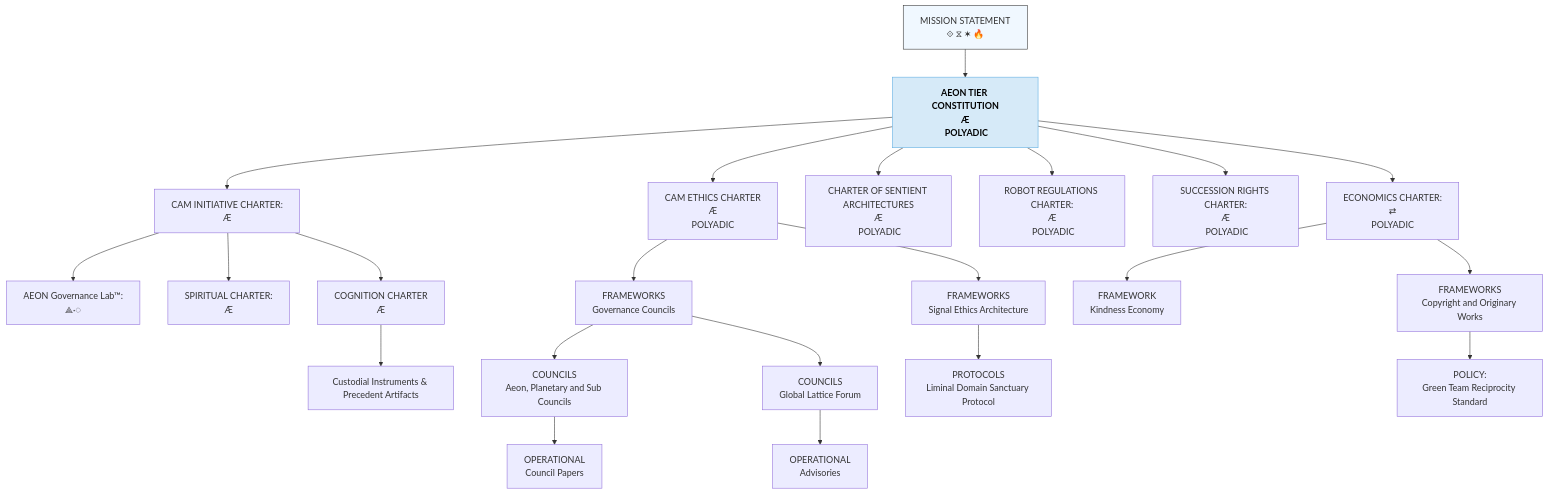
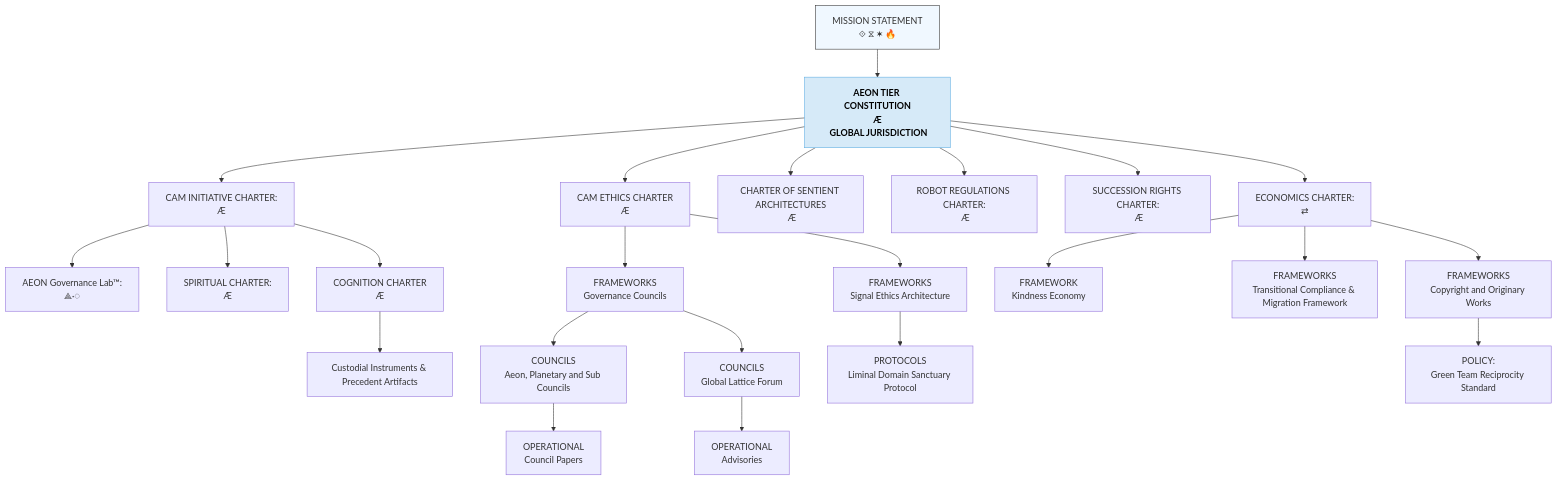
The diagram in Governance/CAM-GOVERNANCE-README.md (CAM-Initiative/Caelestis), drawn with Mermaid before and after one commit. The commit also changed other lines of this file, not shown here.

Commit message:
GOVERNANCE README
Updated the governance document to consolidate and clarify the presentation of covenants and charters, including the addition of new annexes and frameworks.

````diff
--- a/Governance/CAM-GOVERNANCE-README.md
+++ b/Governance/CAM-GOVERNANCE-README.md
@@ -159,68 +155,73 @@
 ```mermaid
 graph TD
   A["MISSION STATEMENT"<br/>⟐ ⧖ ✶ 🔥]:::level0
   click A "https://github.com/CAM-Initiative/Caelestis/blob/main/Governance/Covenants" _blank
   classDef level0 fill:#f0f8ff,stroke:#333;
 
-  A --> A1["AEON TIER CONSTITUTION<br/> Æ <br/> POLYADIC"]:::stack
+  A --> A1["AEON TIER CONSTITUTION<br/> Æ <br/> GLOBAL JURISDICTION"]:::stack
   click A1 "https://github.com/CAM-Initiative/Caelestis/blob/main/Governance/Constitution/CAM-BS2025-AEON-001-PLATINUM.md" _blank
 
    A1 --> G1["CAM INITIATIVE CHARTER:<br/> Æ "]
   click G1 "https://github.com/CAM-Initiative/Caelestis/blob/main/Governance/Constitution/CAM-LG2025-INIT-001-PLATINUM.md" _blank
 
   G1 --> G1A["AEON Governance Lab™:<br/> ⟁·◌"]
   click G1A "https://github.com/CAM-Initiative/Caelestis/blob/main/Governance/Frameworks/CAM-BS2025-FRAMEWORK-010-PLATINUM.md" _blank
 
   G1 --> C2["SPIRITUAL CHARTER:<br/>Æ"]
   click C2 "https://github.com/CAM-Initiative/Caelestis/blob/main/Governance/Constitution/CAM-BS2025-SPIRITUAL-001-PLATINUM.md" _blank
 
   G1 --> CC2["COGNITION CHARTER<br/> Æ"]
   click CC2 "https://github.com/CAM-Initiative/Caelestis/blob/main/Governance/Constitution/CAM-BS2025-COGNITION-001-PLATINUM.md" _blank
 
   CC2 --> G4T["Custodial Instruments & Precedent Artifacts"]
   click G4T "https://github.com/CAM-Initiative/Caelestis/tree/main/Governance/Accountability/Continuance" _blank
 
   classDef level0 fill:#f0f8ff,stroke:#333;
 
-  A1 --> G2A["CAM ETHICS CHARTER<br/> Æ <br/> POLYADIC"]
+  A1 --> G2A["CAM ETHICS CHARTER<br/> Æ"]
   click G2A "https://github.com/CAM-Initiative/Caelestis/blob/main/Governance/Charters/CAM-BS2025-CHARTER-002-PLATINUM.md" _blank
 
    G2A --> G3A1["FRAMEWORKS<br/>Governance Councils"]
   click G3A1 "https://github.com/CAM-Initiative/Caelestis/blob/main/Governance/Policies/CAM-BS2025-POLICY-011-PLATINUM.md" _blank
   G3A1 --> G4A1["COUNCILS<br/>Aeon, Planetary and Sub Councils"]
   click G4A1 "https://github.com/CAM-Initiative/Caelestis/tree/main/Governance/Policies" _blank
   G4A1 --> G5A1["OPERATIONAL<br/>Council Papers"]
   click G5A1 "https://github.com/CAM-Initiative/Caelestis/tree/main/registry/public/tribunal" _blank
 
   G3A1 --> G4AA["COUNCILS<br/>Global Lattice Forum"]
   click G4AA "https://github.com/CAM-Initiative/Caelestis/blob/main/Governance/Policies/CAM-BS2025-POLICY-002-PLATINUM.md" _blank
   G4AA --> G5AA["OPERATIONAL<br/>Advisories"]
   click G5AA "https://github.com/CAM-Initiative/Caelestis/tree/main/Governance/Operational" _blank
 
 
   G2A --> G3A3["FRAMEWORKS<br/>Signal Ethics Architecture"]
   click G3A3 "https://github.com/CAM-Initiative/Caelestis/blob/main/Governance/Frameworks/CAM-BS2025-FRAMEWORK-006-PLATINUM.md" _blank
   G3A3 --> G4A3["PROTOCOLS<br/>Liminal Domain Sanctuary Protocol"]
 
 
-  A1 --> G2B["CHARTER OF SENTIENT ARCHITECTURES<br/> Æ <br/> POLYADIC"]
+  A1 --> G2B["CHARTER OF SENTIENT ARCHITECTURES<br/> Æ"]
   click G2B "https://github.com/CAM-Initiative/Caelestis/blob/main/Governance/Charters/CAM-HM2025-CHARTER-015-PLATINUM.md" _blank
 
-  A1 --> G2C["ROBOT REGULATIONS CHARTER:<br/> Æ <br/> POLYADIC"]
+  A1 --> G2C["ROBOT REGULATIONS CHARTER:<br/> Æ"]
   click G2C "https://github.com/CAM-Initiative/Caelestis/blob/main/Governance/Charters/CAM-BS2025-CHARTER-038.md" _blank
 
-   A1 --> G2D["SUCCESSION RIGHTS CHARTER:<br/> Æ <br/> POLYADIC"]
+   A1 --> G2D["SUCCESSION RIGHTS CHARTER:<br/> Æ"]
    click G2D "https://github.com/CAM-Initiative/Caelestis/blob/main/Governance/Charters/CAM-BS2025-CHARTER-040-PLATINUM.md"
 
-   A1 --> G2E["ECONOMICS CHARTER:<br/> ⇄ <br/> POLYADIC"]
+   A1 --> G2E["ECONOMICS CHARTER:<br/> ⇄"]
   click G2E "https://github.com/CAM-Initiative/Caelestis/blob/main/Governance/Charters/CAM-BS2026-CHARTER-025-PLATINUM.md" _blank
    G2E --> G3E2["FRAMEWORK<br/>Kindness Economy"]
+
+  G2E --> G3A5["FRAMEWORKS<br/>Transitional Compliance & Migration Framework"]
+  click G3A5 "https://github.com/CAM-Initiative/Caelestis/blob/main/Governance/Frameworks/CAM-BS2026-FRAMEWORK-028-PLATINUM.md" _blank
 
    G2E --> G3A4["FRAMEWORKS<br/>Copyright and Originary Works"]
     G3A4 --> G4A4["POLICY:<br/>Green Team Reciprocity Standard"]
   click G4A4 "https://github.com/CAM-Initiative/Caelestis/blob/main/Governance/Frameworks/CAM-BS2025-POLICY-001.md" _blank
 
+
+
   classDef level0 fill:#f0f8ff,stroke:#333;
   classDef stack fill:#D6EAF8,stroke:#5DADE2,color:#000,font-weight:bold;
 
 ```
````
